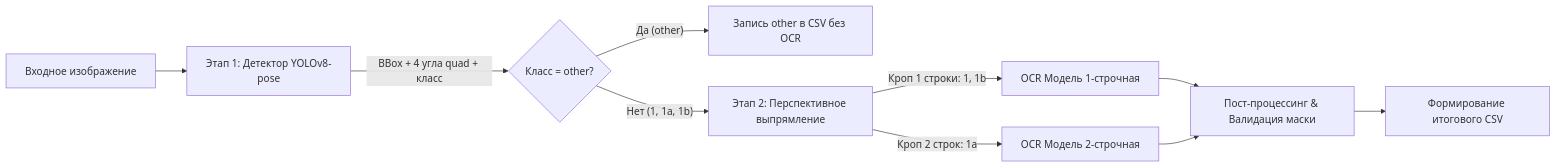
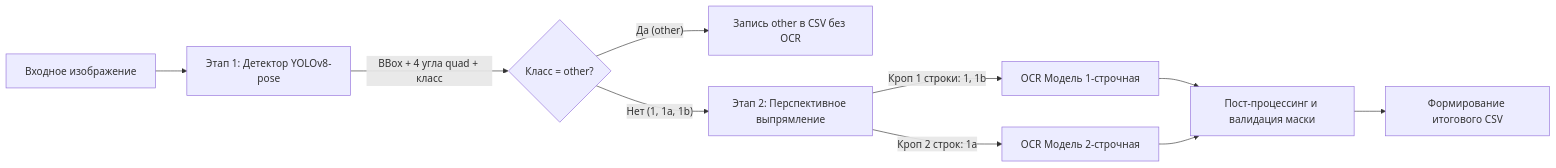
One commit to Vamsilver/OmniPlate-RU changed the diagram in docs/architecture/01_pipeline_overview.md. Above: the diagram before and after it, drawn with Mermaid. The commit also changed 24 other files, not shown here.

Commit message:
docs(submission): record solo author Vasiliev R.A., update submission letter and fix mermaid diagrams syntax

````diff
--- a/docs/architecture/01_pipeline_overview.md
+++ b/docs/architecture/01_pipeline_overview.md
@@ -7,12 +7,12 @@
 ```mermaid
 flowchart LR
-    A[Входное изображение] --> B[Этап 1: Детектор YOLOv8-pose]
-    B -->|BBox + 4 угла quad + класс| C{Класс = other?}
-    C -- Да (other) --> D[Запись other в CSV без OCR]
-    C -- Нет (1, 1a, 1b) --> E[Этап 2: Перспективное выпрямление]
-    E -->|Кроп 1 строки: 1, 1b| F[OCR Модель 1-строчная]
-    E -->|Кроп 2 строк: 1a| G[OCR Модель 2-строчная]
-    F --> H[Пост-процессинг & Валидация маски]
+    A["Входное изображение"] --> B["Этап 1: Детектор YOLOv8-pose"]
+    B -->|"BBox + 4 угла quad + класс"| C{"Класс = other?"}
+    C -->|"Да (other)"| D["Запись other в CSV без OCR"]
+    C -->|"Нет (1, 1a, 1b)"| E["Этап 2: Перспективное выпрямление"]
+    E -->|"Кроп 1 строки: 1, 1b"| F["OCR Модель 1-строчная"]
+    E -->|"Кроп 2 строк: 1a"| G["OCR Модель 2-строчная"]
+    F --> H["Пост-процессинг и валидация маски"]
     G --> H
-    H --> I[Формирование итогового CSV]
+    H --> I["Формирование итогового CSV"]
 ```
````
